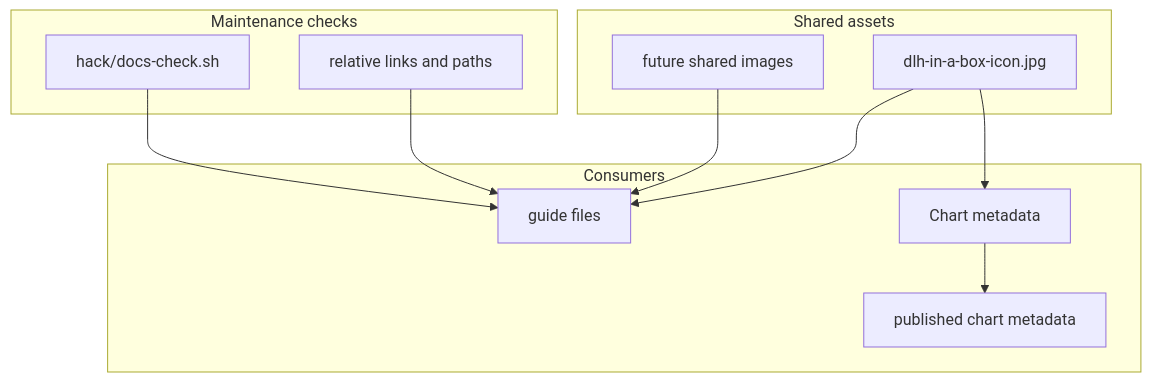
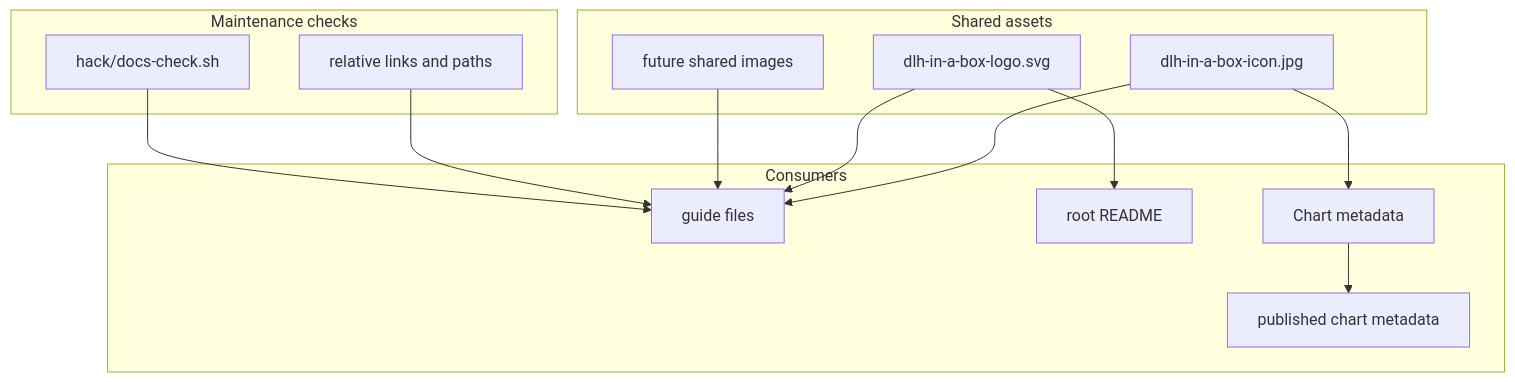
The diagram in docs/assets/README.md (sanger-pathogens/dlh-in-a-box-umbrella-helm-chart), drawn with Mermaid before and after one commit. The commit also changed other lines of this file and 2 other files, not shown here.

Commit message:
Add dlh-in-a-box logo asset

````diff
--- a/docs/assets/README.md
+++ b/docs/assets/README.md
@@ -7,25 +7,29 @@
 ```mermaid
 flowchart TD
   subgraph Assets["Shared assets"]
     Icon[dlh-in-a-box-icon.jpg]
+    Logo[dlh-in-a-box-logo.svg]
     Future[future shared images]
   end
 
   subgraph Consumers["Consumers"]
     Guides[guide files]
+    RootReadme[root README]
     ChartMeta[Chart metadata]
     PackageMeta[published chart metadata]
   end
 
   subgraph Maintenance["Maintenance checks"]
     Paths[relative links and paths]
     DocsCheck[hack/docs-check.sh]
   end
 
   Icon --> Guides
   Icon --> ChartMeta
+  Logo --> RootReadme
+  Logo --> Guides
   Future --> Guides
   ChartMeta --> PackageMeta
   Paths --> Guides
   DocsCheck --> Guides
 ```
````
